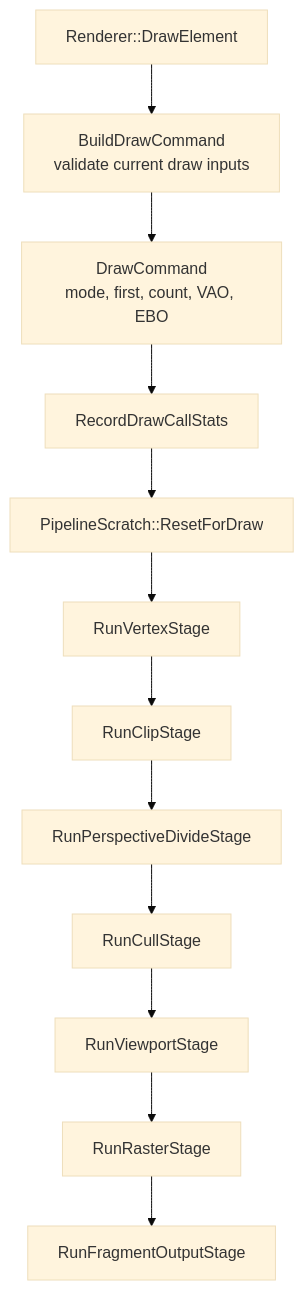
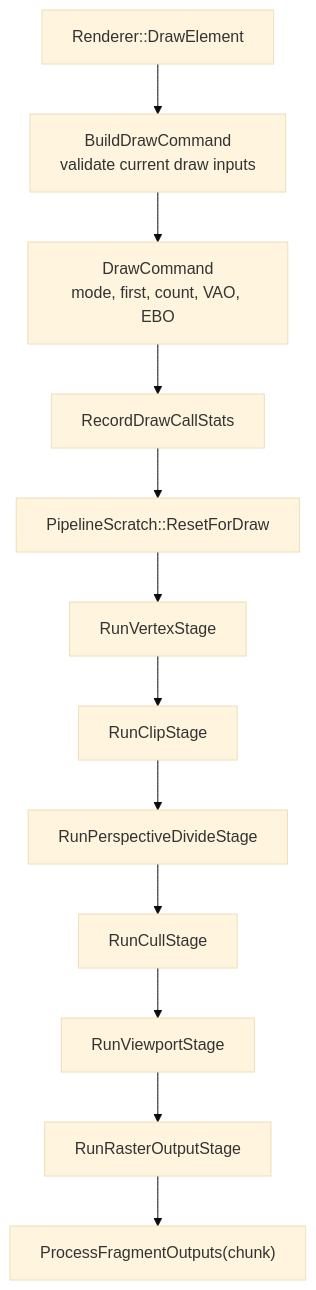
Before and after one commit to hangge1/DragonRenderer: the fourth of 6 diagrams in docs/ARCHITECTURE.md, drawn with Mermaid (base theme). The commit also changed other lines of this file and 8 other files, not shown here.

Commit message:
perf: stream raster output in chunks

````diff
--- a/docs/ARCHITECTURE.md
+++ b/docs/ARCHITECTURE.md
@@ -212,27 +214,27 @@
 ```mermaid
 flowchart TB
     Draw["Renderer::DrawElement"]
     Command["BuildDrawCommand<br/>validate current draw inputs"]
     DrawCommand["DrawCommand<br/>mode, first, count, VAO, EBO"]
     Stats["RecordDrawCallStats"]
     Scratch["PipelineScratch::ResetForDraw"]
     Vertex["RunVertexStage"]
     Clip["RunClipStage"]
     NDC["RunPerspectiveDivideStage"]
     Cull["RunCullStage"]
     Viewport["RunViewportStage"]
-    Raster["RunRasterStage"]
-    Fragment["RunFragmentOutputStage"]
+    Raster["RunRasterOutputStage"]
+    Fragment["ProcessFragmentOutputs(chunk)"]
 
     Draw --> Command
     Command --> DrawCommand
     DrawCommand --> Stats
     Stats --> Scratch
     Scratch --> Vertex
     Vertex --> Clip
     Clip --> NDC
     NDC --> Cull
     Cull --> Viewport
     Viewport --> Raster
     Raster --> Fragment
 ```
````
